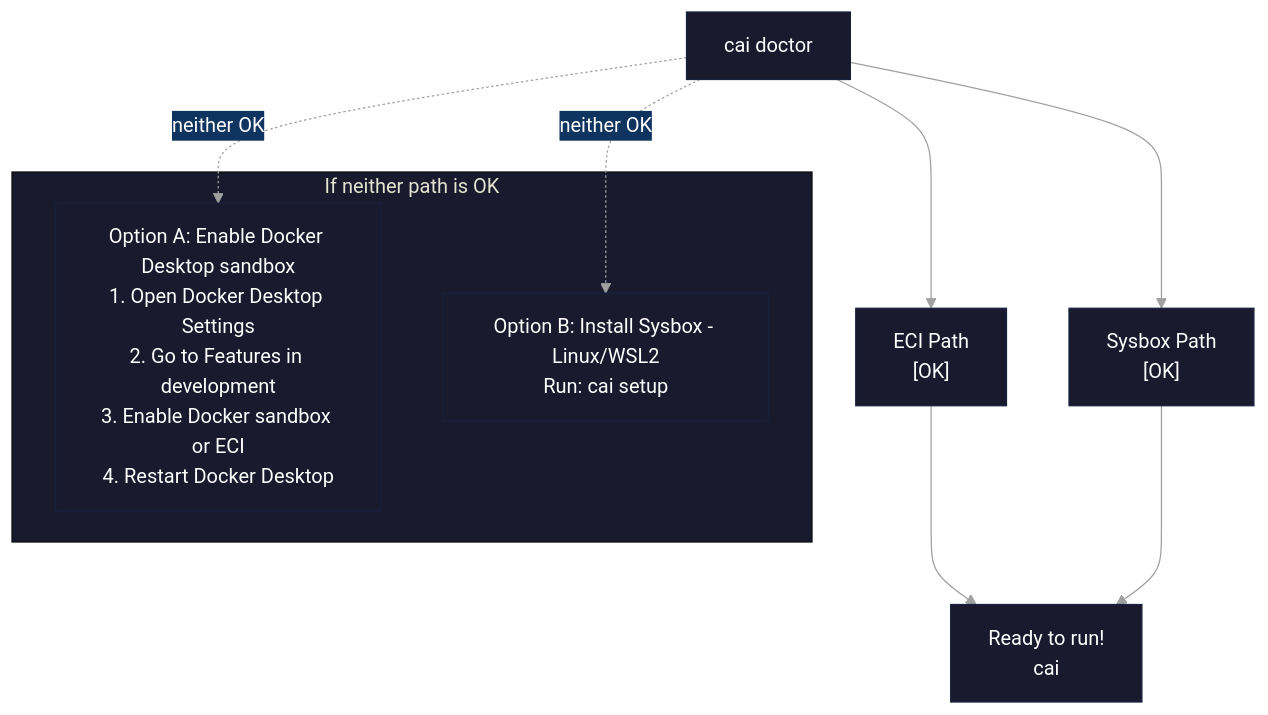
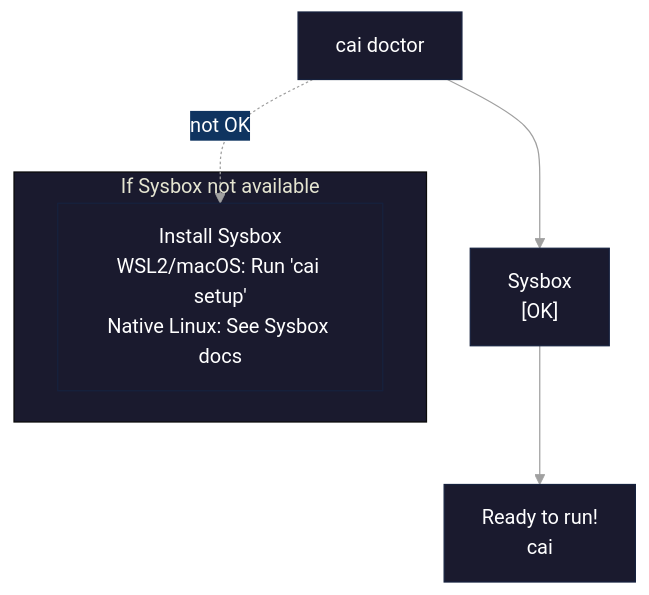
The first of 2 diagrams in docs/quickstart.md (novotnyllc/ContainAI), drawn with Mermaid before and after one commit. The commit also changed other lines of this file and 3 other files, not shown here.

````diff
--- a/docs/quickstart.md
+++ b/docs/quickstart.md
@@ -65,26 +64,22 @@
 ```mermaid
 %%{init: {'theme': 'base', 'themeVariables': {
   'primaryColor': '#1a1a2e',
   'primaryTextColor': '#ffffff',
   'primaryBorderColor': '#16213e',
   'secondaryColor': '#0f3460',
   'tertiaryColor': '#1a1a2e',
   'lineColor': '#a0a0a0',
   'textColor': '#ffffff',
   'background': '#0d1117'
 }}}%%
 flowchart TD
     doctor["cai doctor"]
-    doctor --> eci["ECI Path<br/>[OK]"]
-    doctor --> sysbox["Sysbox Path<br/>[OK]"]
-    eci --> ready["Ready to run!<br/>cai"]
-    sysbox --> ready
+    doctor --> sysbox["Sysbox<br/>[OK]"]
+    sysbox --> ready["Ready to run!<br/>cai"]
 
-    doctor -.->|neither OK| optionA
-    doctor -.->|neither OK| optionB
+    doctor -.->|not OK| install
 
-    subgraph fallback["If neither path is OK"]
-        optionA["Option A: Enable Docker Desktop sandbox<br/>1. Open Docker Desktop Settings<br/>2. Go to Features in development<br/>3. Enable Docker sandbox or ECI<br/>4. Restart Docker Desktop"]
-        optionB["Option B: Install Sysbox - Linux/WSL2<br/>Run: cai setup"]
+    subgraph fallback["If Sysbox not available"]
+        install["Install Sysbox<br/>WSL2/macOS: Run 'cai setup'<br/>Native Linux: See Sysbox docs"]
     end
 ```
````
